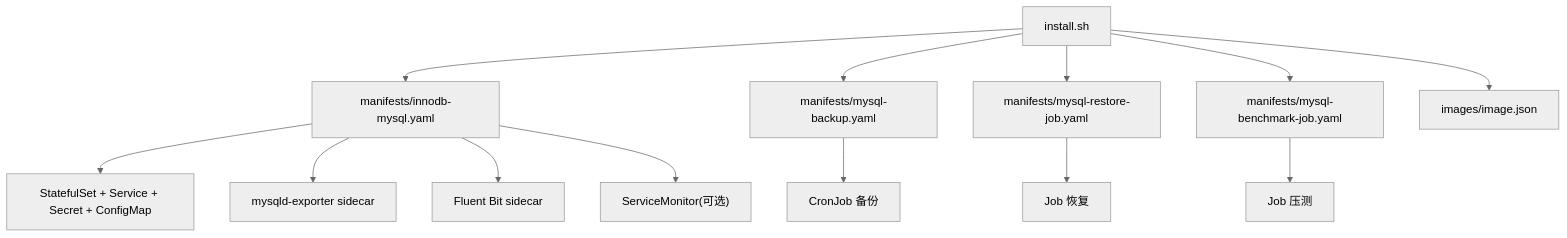
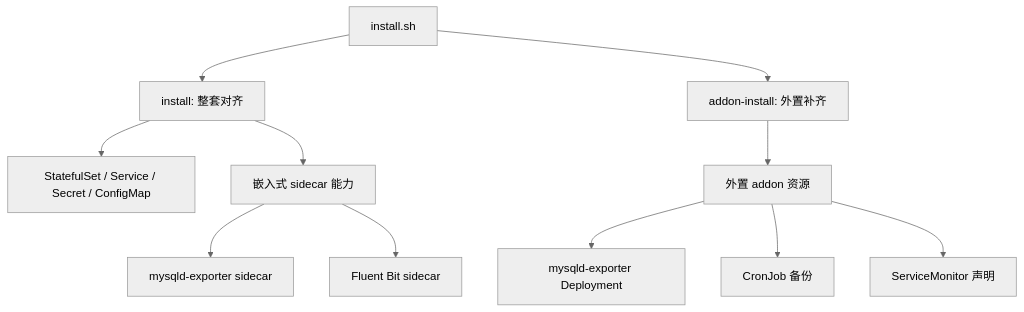
Before and after one commit to archinfra/apps_mysql: the diagram in docs/ARCHITECTURE.zh-CN.md, drawn with Mermaid (neutral theme). The commit also changed other lines of this file and 7 other files, not shown here.

Commit message:
feat: add mysql addon reconciliation workflow

````diff
--- a/docs/ARCHITECTURE.zh-CN.md
+++ b/docs/ARCHITECTURE.zh-CN.md
@@ -14,17 +16,15 @@
 ```mermaid
 flowchart TD
-    A["install.sh"] --> B["manifests/innodb-mysql.yaml"]
-    A --> C["manifests/mysql-backup.yaml"]
-    A --> D["manifests/mysql-restore-job.yaml"]
-    A --> E["manifests/mysql-benchmark-job.yaml"]
-    A --> F["images/image.json"]
+    A["install.sh"] --> B["install: 整套对齐"]
+    A --> C["addon-install: 外置补齐"]
 
-    B --> G["StatefulSet + Service + Secret + ConfigMap"]
-    B --> H["mysqld-exporter sidecar"]
-    B --> I["Fluent Bit sidecar"]
-    B --> J["ServiceMonitor(可选)"]
+    B --> D["StatefulSet / Service / Secret / ConfigMap"]
+    B --> E["嵌入式 sidecar 能力"]
+    E --> F["mysqld-exporter sidecar"]
+    E --> G["Fluent Bit sidecar"]
 
-    C --> K["CronJob 备份"]
-    D --> L["Job 恢复"]
-    E --> M["Job 压测"]
+    C --> H["外置 addon 资源"]
+    H --> I["mysqld-exporter Deployment"]
+    H --> J["CronJob 备份"]
+    H --> K["ServiceMonitor 声明"]
 ```
````
